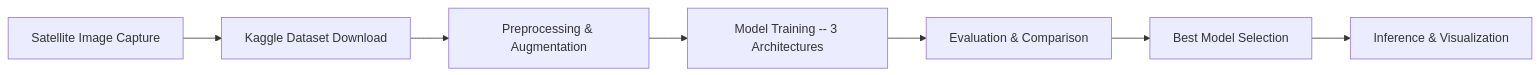
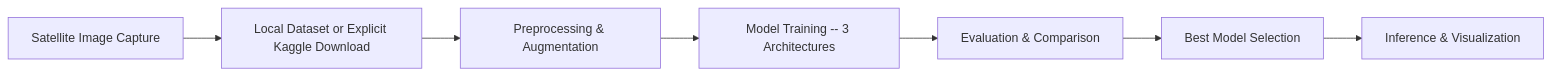
Before and after one commit to himanshu748/deeplearning: the first of 4 diagrams in SRS.md, drawn with Mermaid. The commit also changed other lines of this file and 4 other files, not shown here.

````diff
--- a/SRS.md
+++ b/SRS.md
@@ -84,9 +84,9 @@
 ```mermaid
 graph LR
-    A[Satellite Image Capture] --> B[Kaggle Dataset Download]
+    A[Satellite Image Capture] --> B[Local Dataset or Explicit Kaggle Download]
     B --> C[Preprocessing & Augmentation]
     C --> D[Model Training -- 3 Architectures]
     D --> E[Evaluation & Comparison]
     E --> F[Best Model Selection]
     F --> G[Inference & Visualization]
 ```
````
